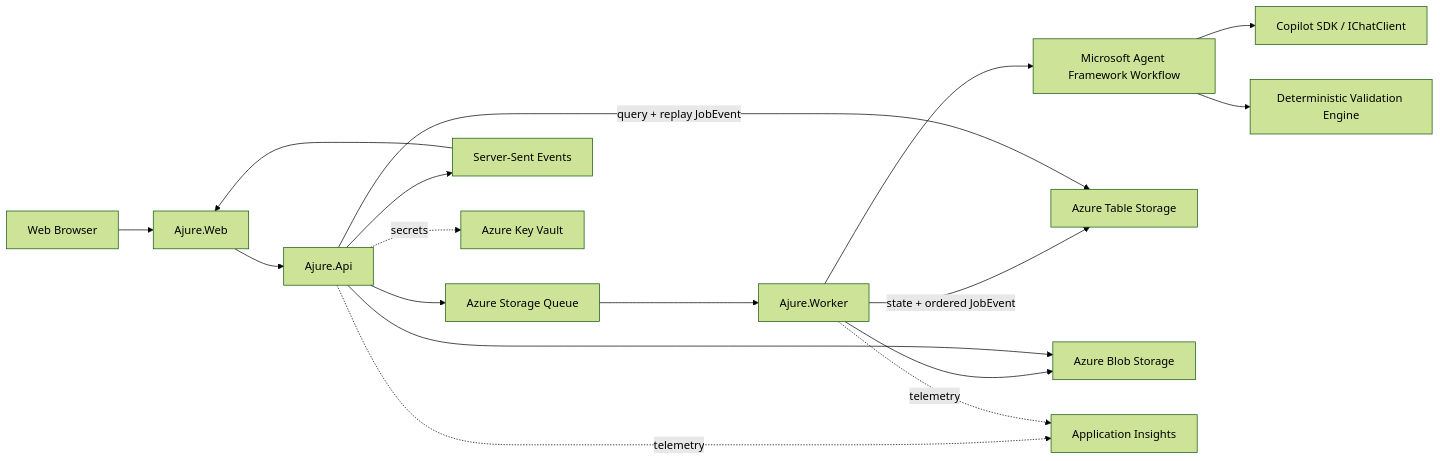
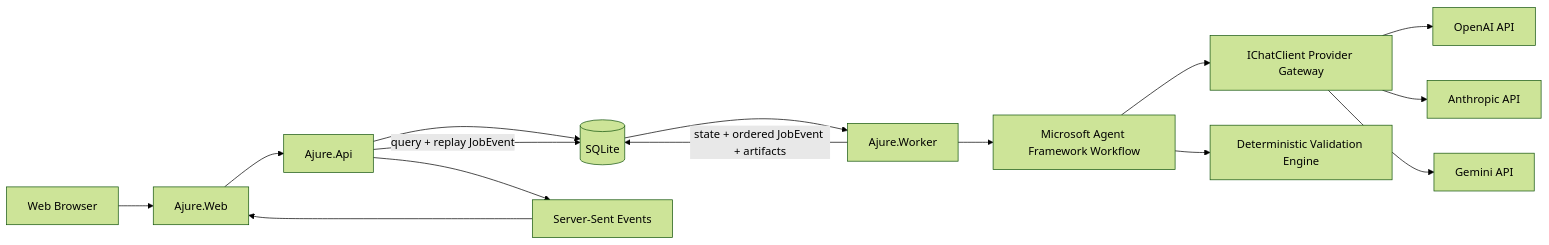
The diagram in TRD.md (WSN1010/AH-MATDA-), drawn with Mermaid (forest theme) before and after one commit. The commit also changed other lines of this file and 7 other files, not shown here.

````diff
--- a/TRD.md
+++ b/TRD.md
@@ -25,19 +25,17 @@
 ```mermaid
 flowchart LR
     U[Web Browser] --> W[Ajure.Web]
     W --> A[Ajure.Api]
-    A --> Q[Azure Storage Queue]
-    Q --> R[Ajure.Worker]
+    A --> D[(SQLite)]
+    D --> R[Ajure.Worker]
     R --> AF[Microsoft Agent Framework Workflow]
-    AF --> C[Copilot SDK / IChatClient]
+    AF --> C[IChatClient Provider Gateway]
+    C --> O[OpenAI API]
+    C --> H[Anthropic API]
+    C --> G[Gemini API]
     AF --> V[Deterministic Validation Engine]
-    R -->|state + ordered JobEvent| T[Azure Table Storage]
-    R --> B[Azure Blob Storage]
-    A -->|query + replay JobEvent| T
-    A --> B
+    R -->|state + ordered JobEvent + artifacts| D
+    A -->|query + replay JobEvent| D
     A --> S[Server-Sent Events]
     S --> W
-    A -. secrets .-> K[Azure Key Vault]
-    A -. telemetry .-> O[Application Insights]
-    R -. telemetry .-> O
 ```
````
